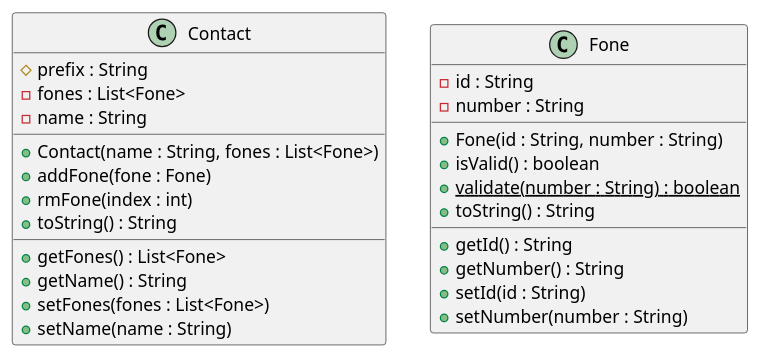
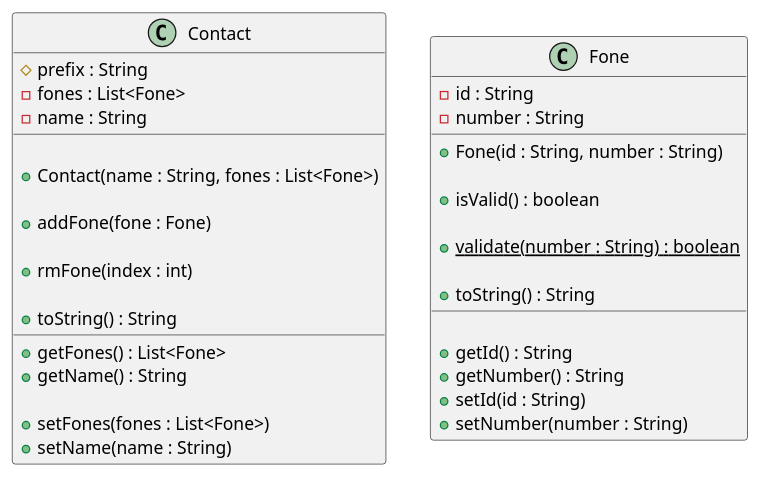
The diagram in base/014/.cache/Readme.md (qxcodepoo/arcade), drawn with PlantUML before and after one commit. The commit also changed 12 other files, not shown here.

````diff
--- a/base/014/.cache/Readme.md
+++ b/base/014/.cache/Readme.md
@@ -47,55 +47,56 @@
 ```plantuml
 class Contact {
   # prefix : String
   - fones : List<Fone>
   - name : String
   __
-  '
+  
   ' crie um ArrayList para o ATRIBUTO fones
   ' se a variável fones não for null, adicione todos os fones usando o método addFone
   + Contact(name : String, fones : List<Fone>)
-  '
+  
   ' se fone for válido, insira no atributo fones
   ' se não, informe o erro
   + addFone(fone : Fone)
-  '
+  
   ' se o índice existir no ArrayList, remova o telefone com esse índice
   + rmFone(index : int)
-  '
-  ' Use um contador para mostrar o índice do telefone
-  ' Use o toString do fone para adicioná-lo à saída
-  ' O resultado dever ficar assim:
+  
+  ' use um contador para mostrar o índice do telefone
+  ' use o toString do fone para adicioná-lo à saída
+  ' o resultado dever ficar assim:
   ' ex: - david [0:oi:123] [1:tim:9081] [2:claro:5431]
   + toString() : String
   __
   + getFones() : List<Fone>
   + getName() : String
-  '
+  
   ' limpe a lista de fones
   ' utilize o addFone para adicionar apenas os fones válidos
   + setFones(fones : List<Fone>)
   + setName(name : String)
 }
 
 class Fone {
   - id : String
   - number : String
   __
   + Fone(id : String, number : String)
-  '
+  
   ' utiliza o static validate para retornar se essa instancia do fone é valida
   + isValid() : boolean
-  '
+  
   ' verifica se o número é um número de telefone válido
   + validate(number : String) : boolean {static}
-  '
-  ' O resultado deve ficar assim
+  
+  ' o resultado deve ficar assim
   ' ex: oi:1234
   + toString() : String
   __
+  
   + getId() : String
   + getNumber() : String
   + setId(id : String)
   + setNumber(number : String)
 }
 ```
````
